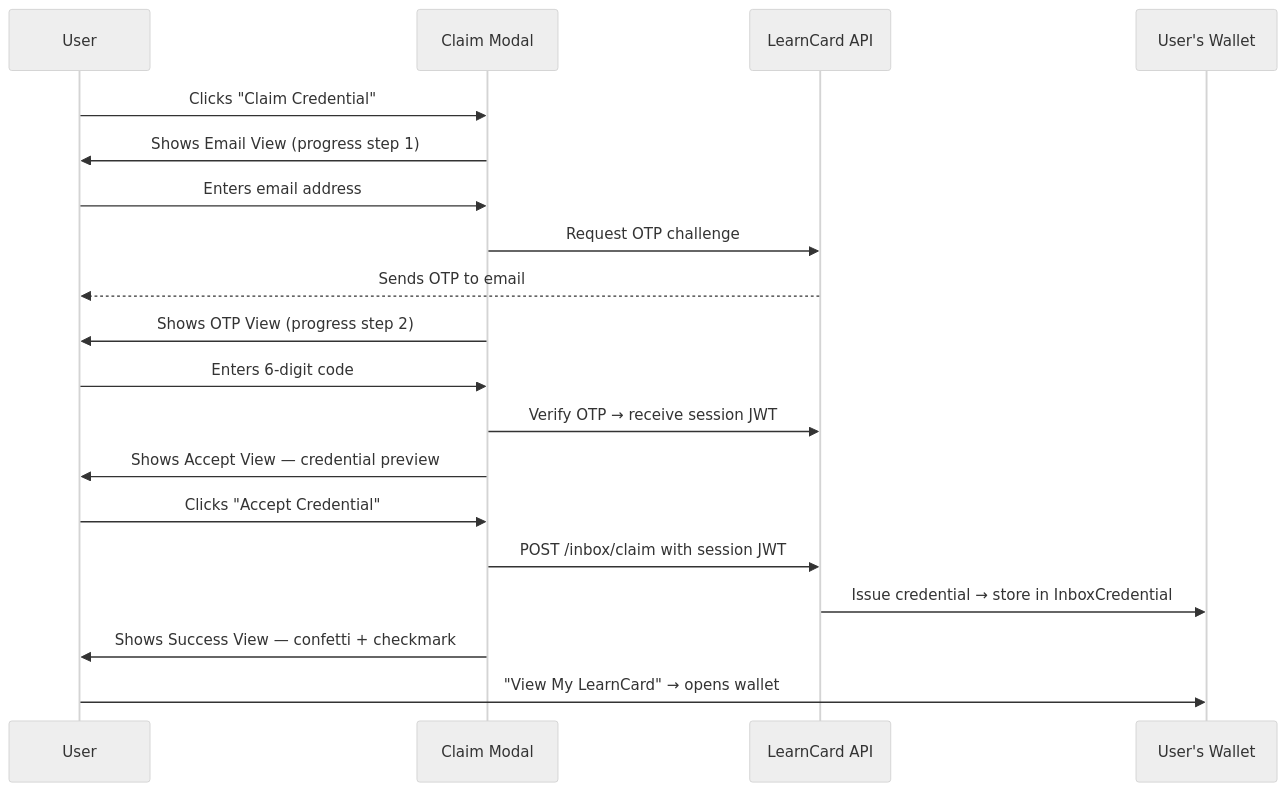
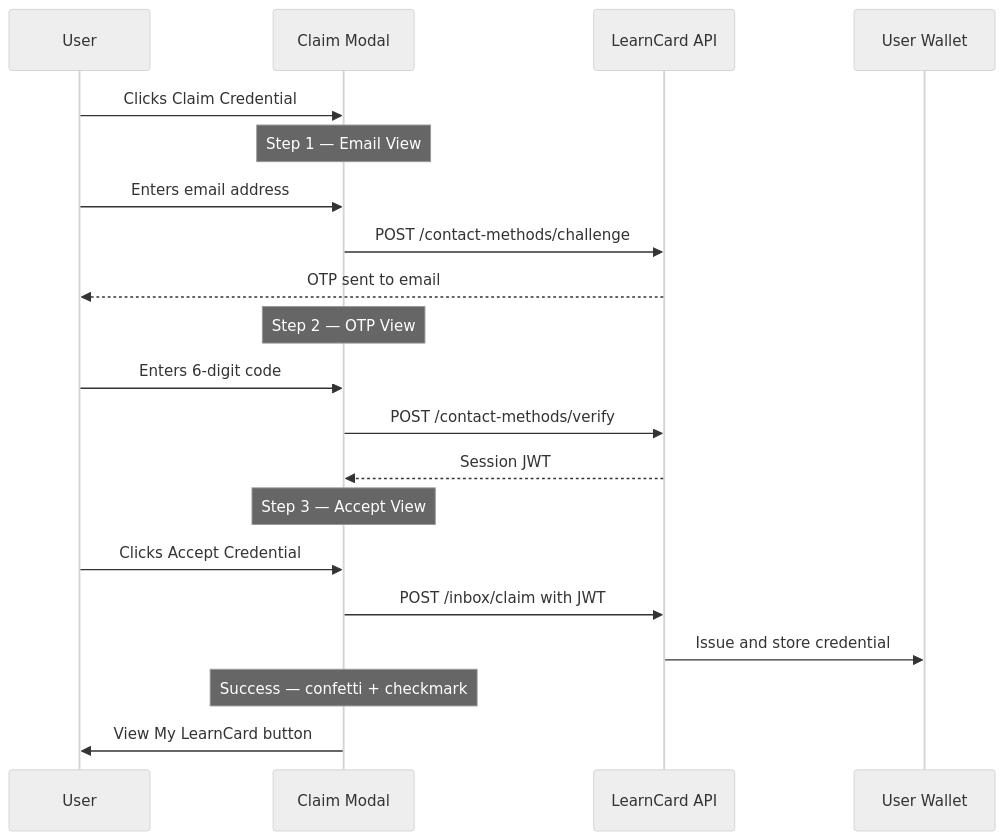
Before and after one commit to learningeconomy/LearnCard: the diagram in docs/how-to-guides/connect-systems/embed-a-claim-button.md, drawn with Mermaid (neutral theme). The commit also changed 1 other file, not shown here.

Commit message:
Fix diagram in docs

````diff
--- a/docs/how-to-guides/connect-systems/embed-a-claim-button.md
+++ b/docs/how-to-guides/connect-systems/embed-a-claim-button.md
@@ -137,22 +137,23 @@
 ```mermaid
 sequenceDiagram
     participant User
     participant Modal as Claim Modal
     participant API as LearnCard API
-    participant Wallet as User's Wallet
+    participant Wallet as User Wallet
 
-    User->>Modal: Clicks "Claim Credential"
-    Modal->>User: Shows Email View (progress step 1)
+    User->>Modal: Clicks Claim Credential
+    Note over Modal: Step 1 — Email View
     User->>Modal: Enters email address
-    Modal->>API: Request OTP challenge
-    API-->>User: Sends OTP to email
-    Modal->>User: Shows OTP View (progress step 2)
+    Modal->>API: POST /contact-methods/challenge
+    API-->>User: OTP sent to email
+    Note over Modal: Step 2 — OTP View
     User->>Modal: Enters 6-digit code
-    Modal->>API: Verify OTP → receive session JWT
-    Modal->>User: Shows Accept View — credential preview
-    User->>Modal: Clicks "Accept Credential"
-    Modal->>API: POST /inbox/claim with session JWT
-    API->>Wallet: Issue credential → store in InboxCredential
-    Modal->>User: Shows Success View — confetti + checkmark
-    User->>Wallet: "View My LearnCard" → opens wallet
+    Modal->>API: POST /contact-methods/verify
+    API-->>Modal: Session JWT
+    Note over Modal: Step 3 — Accept View
+    User->>Modal: Clicks Accept Credential
+    Modal->>API: POST /inbox/claim with JWT
+    API->>Wallet: Issue and store credential
+    Note over Modal: Success — confetti + checkmark
+    Modal->>User: View My LearnCard button
 ```
````
